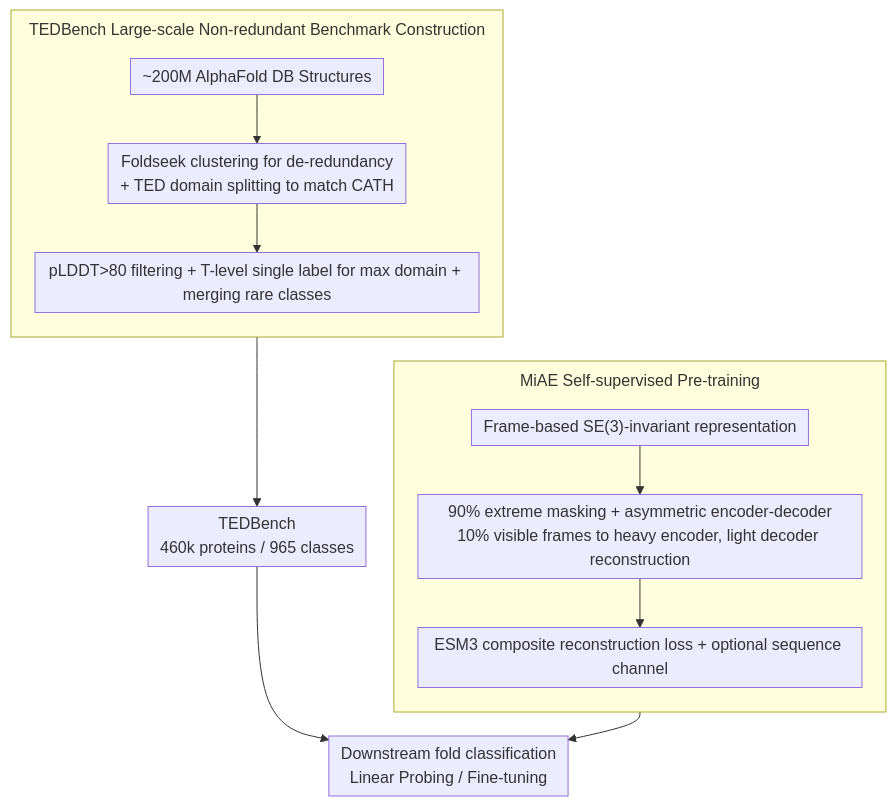
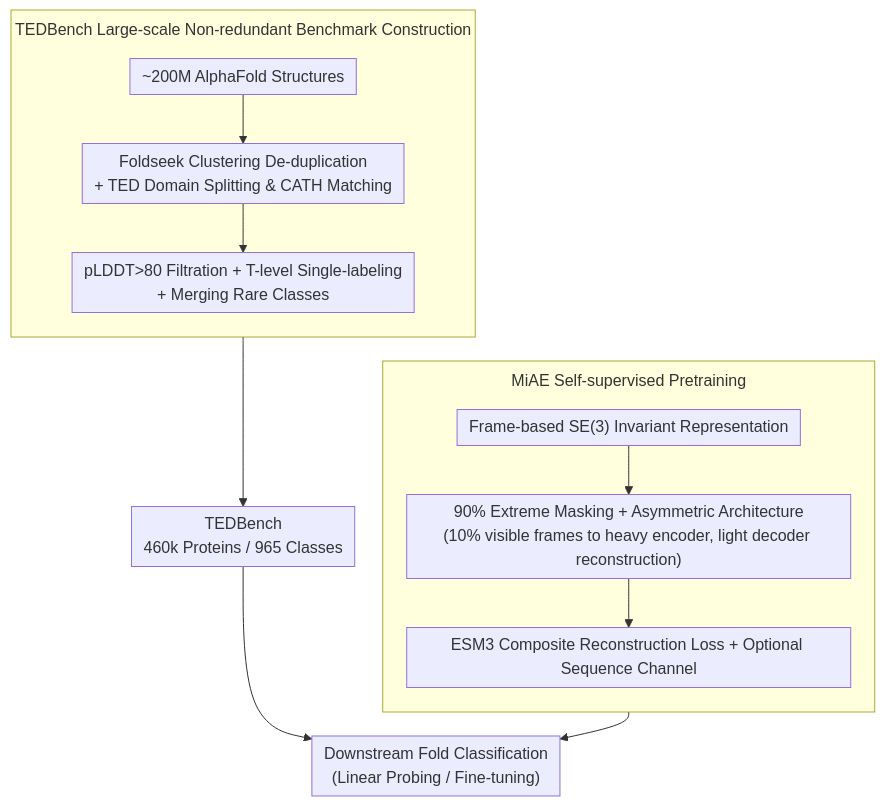
The diagram in docs/ICML2026/computational_biology/protein_fold_classification_at_scale_benchmarking_and_pretraining.md (zhaoyang97/Paper-Notes-en), drawn with Mermaid before and after one commit. The commit also changed other lines of this file and 5084 other files, not shown here.

````diff
--- a/docs/ICML2026/computational_biology/protein_fold_classification_at_scale_benchmarking_and_pretraining.md
+++ b/docs/ICML2026/computational_biology/protein_fold_classification_at_scale_benchmarking_and_pretraining.md
@@ -43,17 +43,17 @@
 ```mermaid
 %%{init: {'flowchart': {'rankSpacing': 24, 'nodeSpacing': 28, 'padding': 6, 'wrappingWidth': 420, 'subGraphTitleMargin': {'top': 8, 'bottom': 16}}}}%%
 flowchart TD
     subgraph DATA["TEDBench Large-scale Non-redundant Benchmark Construction"]
         direction TB
-        A1["~200M AlphaFold DB Structures"] --> A2["Foldseek clustering for de-redundancy<br/>+ TED domain splitting to match CATH"]
-        A2 --> A3["pLDDT&gt;80 filtering + T-level single label for max domain + merging rare classes"]
+        A1["~200M AlphaFold Structures"] --> A2["Foldseek Clustering De-duplication<br/>+ TED Domain Splitting & CATH Matching"]
+        A2 --> A3["pLDDT&gt;80 Filtration + T-level Single-labeling<br/>+ Merging Rare Classes"]
     end
-    A3 --> T["TEDBench<br/>460k proteins / 965 classes"]
-    subgraph MODEL["MiAE Self-supervised Pre-training"]
+    A3 --> T["TEDBench<br/>460k Proteins / 965 Classes"]
+    subgraph MODEL["MiAE Self-supervised Pretraining"]
         direction TB
-        B1["Frame-based SE(3)-invariant representation"] --> B2["90% extreme masking + asymmetric encoder-decoder<br/>10% visible frames to heavy encoder, light decoder reconstruction"]
-        B2 --> B3["ESM3 composite reconstruction loss + optional sequence channel"]
+        B1["Frame-based SE(3) Invariant Representation"] --> B2["90% Extreme Masking + Asymmetric Architecture<br/>(10% visible frames to heavy encoder, light decoder reconstruction)"]
+        B2 --> B3["ESM3 Composite Reconstruction Loss + Optional Sequence Channel"]
     end
-    T --> C["Downstream fold classification<br/>Linear Probing / Fine-tuning"]
+    T --> C["Downstream Fold Classification<br/>(Linear Probing / Fine-tuning)"]
     B3 --> C
 ```
````
